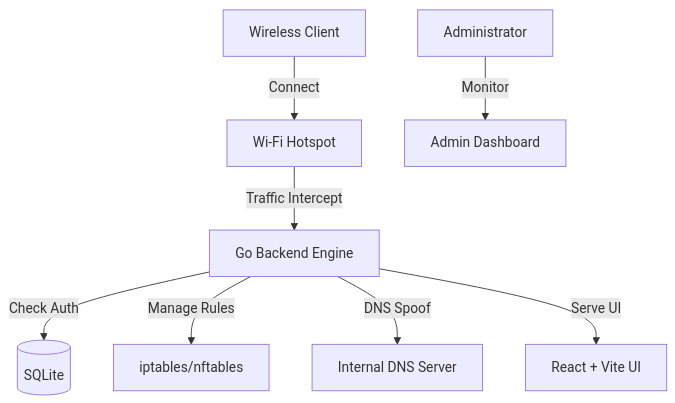
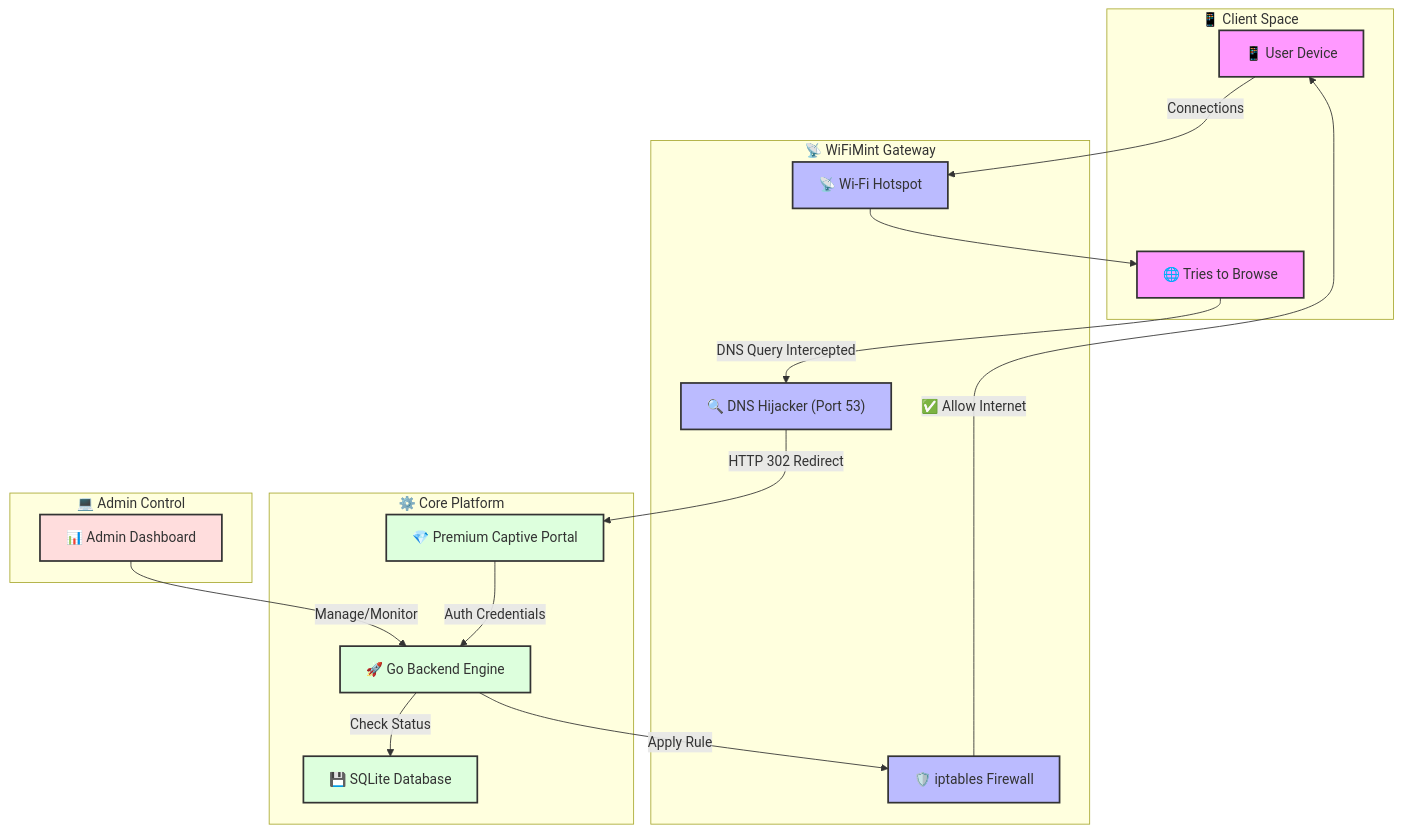
Before and after one commit to rajan9182/WiFiMint: the diagram in README.md, drawn with Mermaid. The commit also changed other lines of this file, not shown here.

Commit message:
Update README content

````diff
--- a/README.md
+++ b/README.md
@@ -22,10 +22,46 @@
 ```mermaid
 graph TD
-    User[Wireless Client] -->|Connect| Hotspot[Wi-Fi Hotspot]
-    Hotspot -->|Traffic Intercept| Backend[Go Backend Engine]
-    Backend -->|Check Auth| DB[(SQLite)]
-    Backend -->|Manage Rules| Firewall[iptables/nftables]
-    Backend -->|DNS Spoof| DNS[Internal DNS Server]
-    Backend -->|Serve UI| Frontend[React + Vite UI]
-    Admin[Administrator] -->|Monitor| Dash[Admin Dashboard]
+    %% Styling
+    classDef client fill:#f9f,stroke:#333,stroke-width:2px;
+    classDef gateway fill:#bbf,stroke:#333,stroke-width:2px;
+    classDef core fill:#dfd,stroke:#333,stroke-width:2px;
+    classDef admin fill:#fdd,stroke:#333,stroke-width:2px;
+
+    subgraph "📱 Client Space"
+        User["📱 User Device"]
+        Browse["🌐 Tries to Browse"]
+    end
+
+    subgraph "📡 WiFiMint Gateway"
+        Hotspot["📡 Wi-Fi Hotspot"]
+        DNS["🔍 DNS Hijacker (Port 53)"]
+        Firewall["🛡️ iptables Firewall"]
+    end
+
+    subgraph "⚙️ Core Platform"
+        Portal["💎 Premium Captive Portal"]
+        Backend["🚀 Go Backend Engine"]
+        DB["💾 SQLite Database"]
+    end
+
+    subgraph "💻 Admin Control"
+        AdminUI["📊 Admin Dashboard"]
+    end
+
+    %% Flow Sequence
+    User -->|Connections| Hotspot
+    Hotspot --> Browse
+    Browse -->|DNS Query Intercepted| DNS
+    DNS -->|HTTP 302 Redirect| Portal
+    Portal -->|Auth Credentials| Backend
+    Backend -->|Check Status| DB
+    Backend -->|Apply Rule| Firewall
+    Firewall -->|✅ Allow Internet| User
+    AdminUI -->|Manage/Monitor| Backend
+
+    %% Class Assignment
+    class User,Browse client;
+    class Hotspot,DNS,Firewall gateway;
+    class Portal,Backend,DB core;
+    class AdminUI admin;
 ```
````
